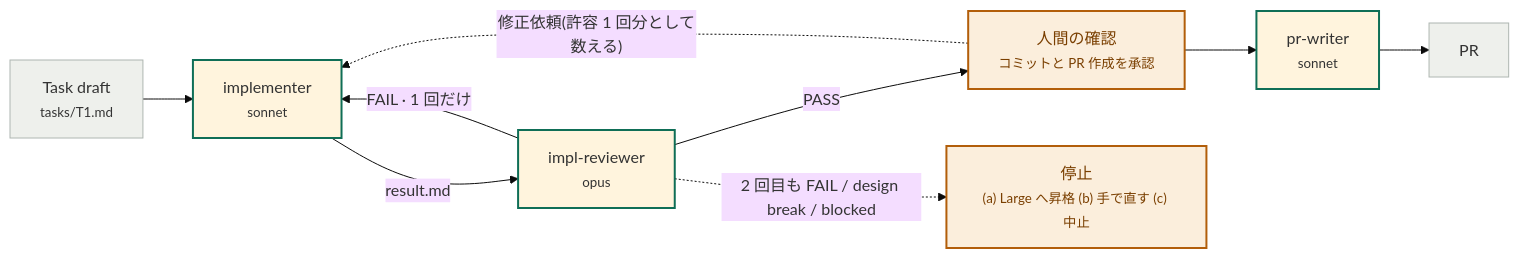
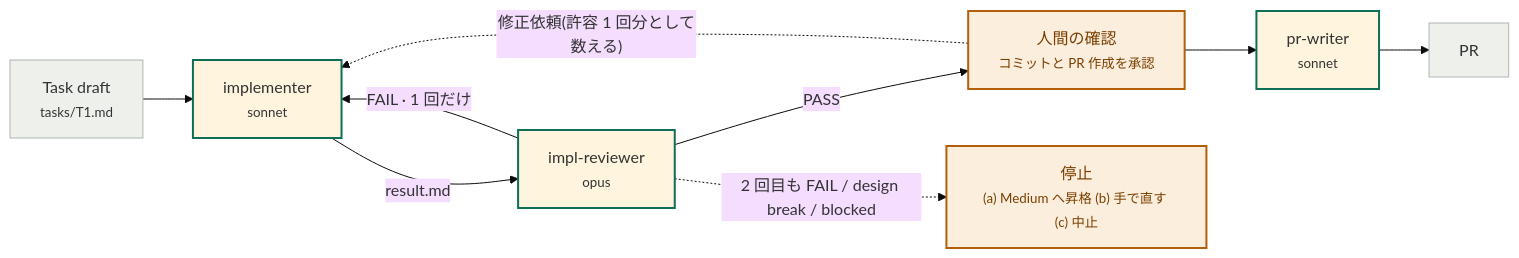
One commit to tamashiro-syuta/tama-cc-kit changed the sixth of 12 diagrams in docs/tama-cc-devflow.md. Above: the diagram before and after it, drawn with Mermaid (base theme). The commit also changed other lines of this file and 13 other files, not shown here.

First line of the commit message:
feat: Small / Medium / Large の 3 段階ルーティングと Medium フローを追加

````diff
--- a/docs/tama-cc-devflow.md
+++ b/docs/tama-cc-devflow.md
@@ -211,20 +313,20 @@
 ```mermaid
 flowchart LR
     classDef agent stroke:#0f6e56,stroke-width:2px
     classDef human fill:#fbeedc,stroke:#b25e0a,stroke-width:2px,color:#7a3f00
     classDef plain fill:#eef0ec,stroke:#aeb6b1
 
     draft["Task draft<br/><small>tasks/T1.md</small>"]:::plain
     impl["implementer<br/><small>sonnet</small>"]:::agent
     review["impl-reviewer<br/><small>opus</small>"]:::agent
     human["人間の確認<br/><small>コミットと PR 作成を承認</small>"]:::human
     prw["pr-writer<br/><small>sonnet</small>"]:::agent
     pr[PR]:::plain
-    stop["停止<br/><small>(a) Large へ昇格 (b) 手で直す (c) 中止</small>"]:::human
+    stop["停止<br/><small>(a) Medium へ昇格 (b) 手で直す (c) 中止</small>"]:::human
 
     draft --> impl -- result.md --> review
     review -- FAIL · 1 回だけ --> impl
     review -- PASS --> human --> prw --> pr
     human -. "修正依頼(許容 1 回分として数える)" .-> impl
     review -. "2 回目も FAIL / design break / blocked" .-> stop
 ```
````
